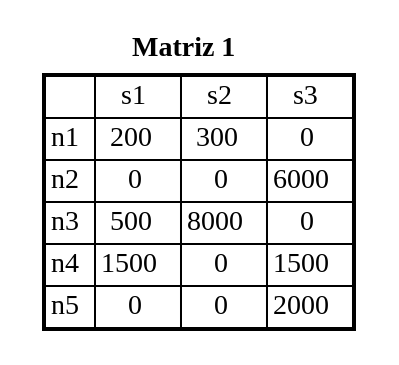
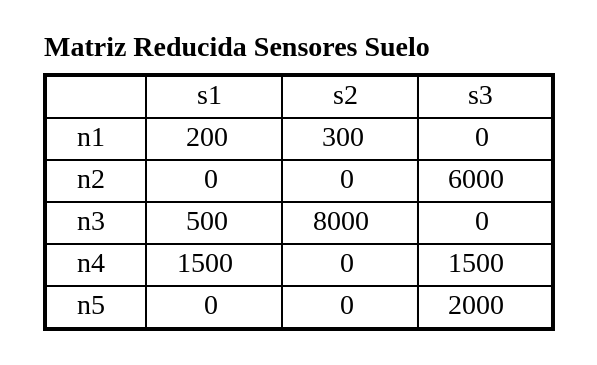
Before and after one commit to Javier-201906795/IPC2_Proyecto1_201906795: the diagram in 1_Grafica.dot, drawn with Graphviz. The commit also changed 3 other files, not shown here.

```diff
--- a/1_Grafica.dot
+++ b/1_Grafica.dot
@@ -1,28 +1,32 @@
 
         digraph G {
             node [shape=plaintext]
 
-            // Matriz 1 con título
+            
+        
             M1 [
                 label=<
                 <TABLE BORDER="0" CELLBORDER="0" CELLSPACING="0">
-                    <TR><TD><B>Matriz 1</B></TD></TR>
+                    <TR><TD><B>Matriz Reducida Sensores Suelo</B></TD></TR>
                     <TR>
                         <TD>
                             <TABLE BORDER="1" CELLBORDER="1" CELLSPACING="0">
+                                
+        
                                 <TR><TD></TD><TD>s1</TD><TD>s2</TD><TD>s3</TD></TR>
                                 <TR><TD>n1</TD><TD>200</TD><TD>300</TD><TD>0</TD></TR>
                                 <TR><TD>n2</TD><TD>0</TD><TD>0</TD><TD>6000</TD></TR>
                                 <TR><TD>n3</TD><TD>500</TD><TD>8000</TD><TD>0</TD></TR>
                                 <TR><TD>n4</TD><TD>1500</TD><TD>0</TD><TD>1500</TD></TR>
                                 <TR><TD>n5</TD><TD>0</TD><TD>0</TD><TD>2000</TD></TR>
+        
                             </TABLE>
                         </TD>
                     </TR>
                 </TABLE>
                 >
             ];
 
             // Organización
             { rank=same; M1 }  // M1 y M2 en la misma fila
         }
```
